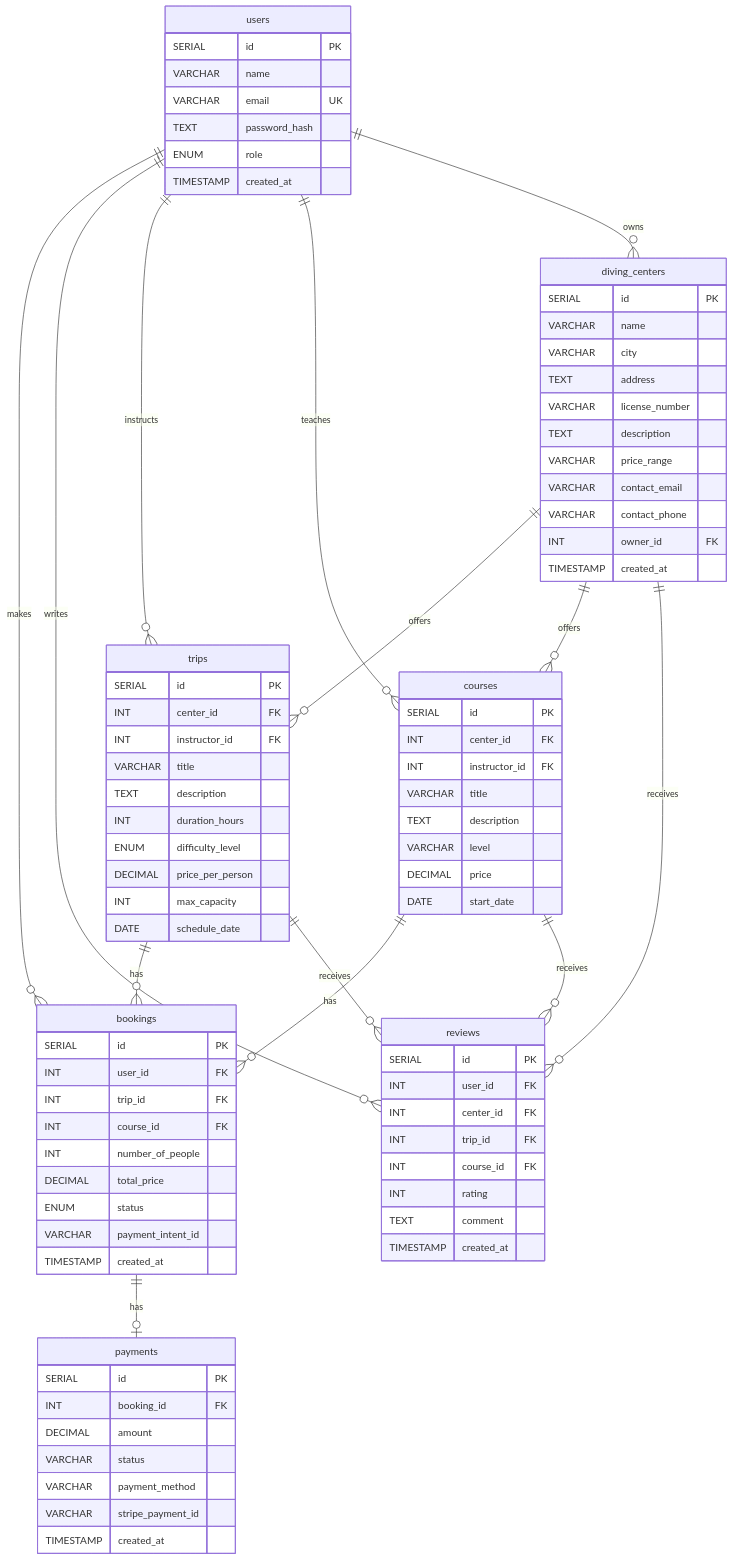
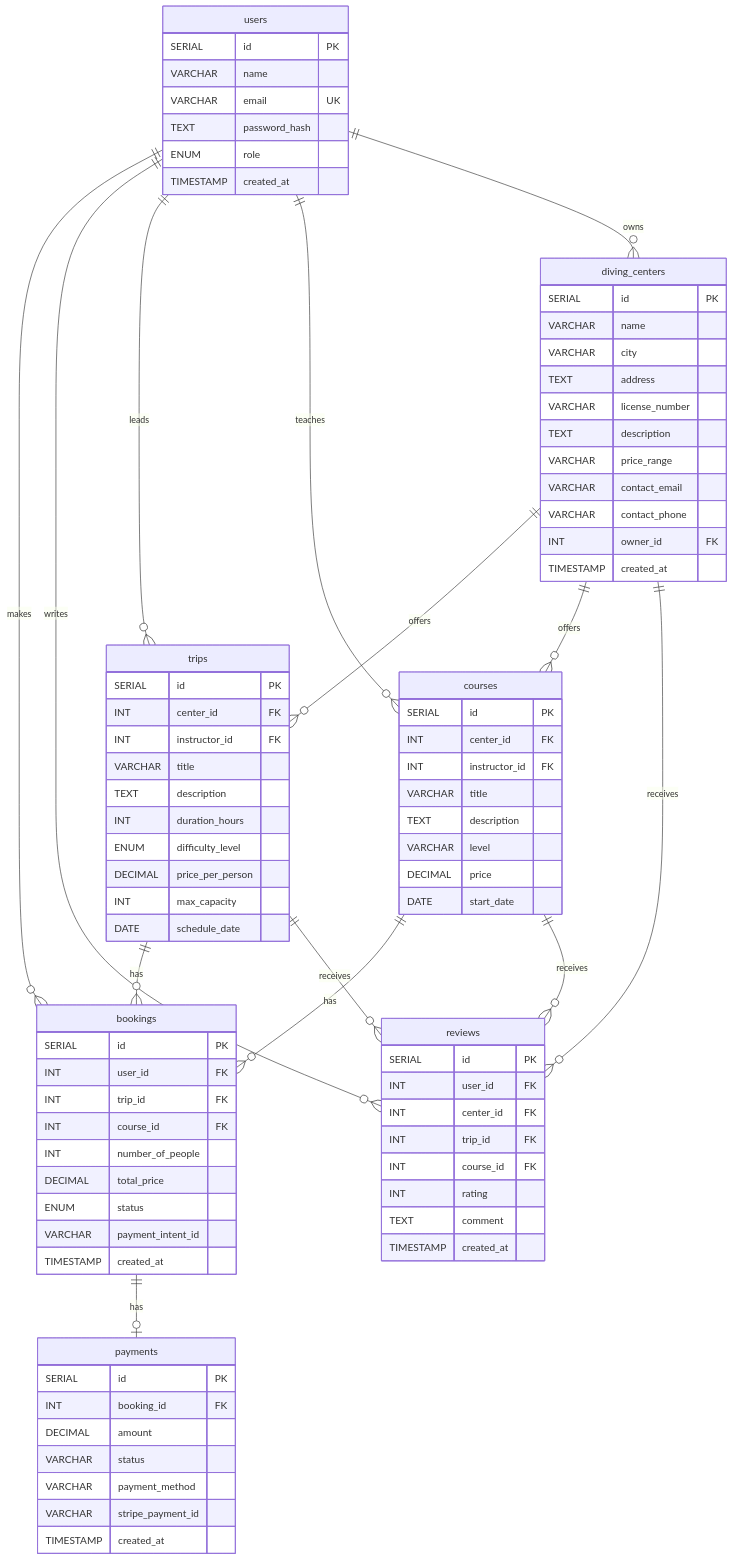
The third of 6 diagrams in stage3/README.md (laradreamer79/Portfolio-Project), drawn with Mermaid before and after one commit.

```diff
--- a/stage3/README.md
+++ b/stage3/README.md
@@ -548,7 +548,7 @@
 
 users ||--o{ bookings : makes
 users ||--o{ reviews : writes
-users ||--o{ trips : instructs
+users ||--o{ trips : leads
 users ||--o{ courses : teaches
 users ||--o{ diving_centers : owns
 
```
